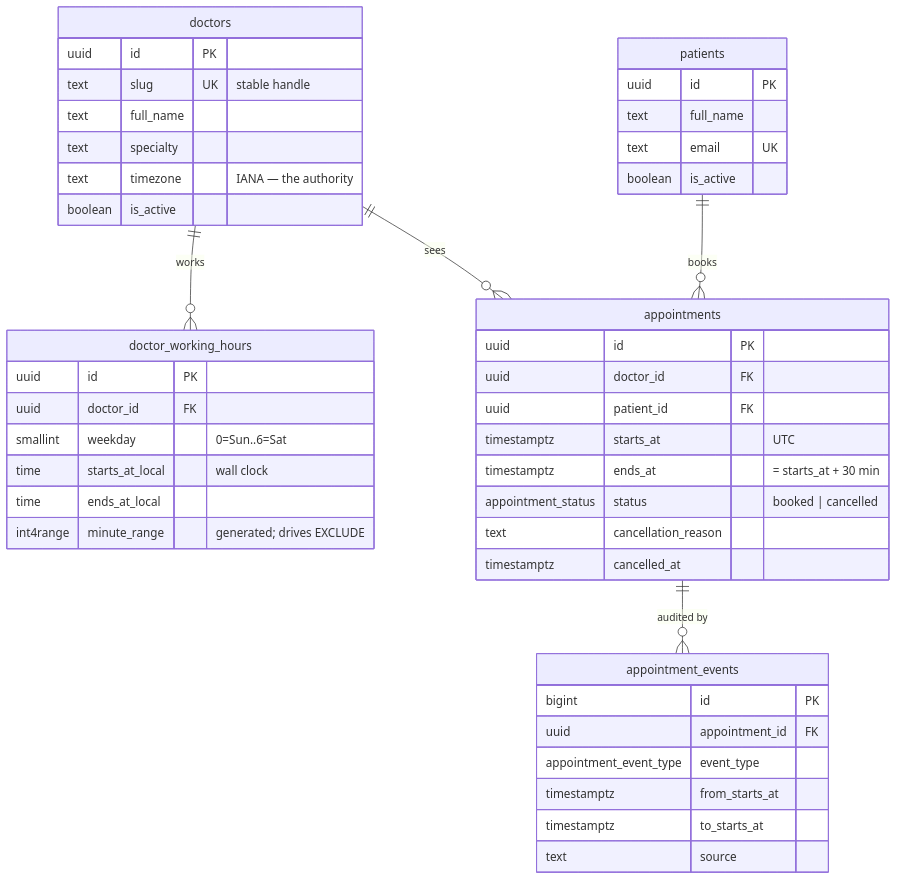
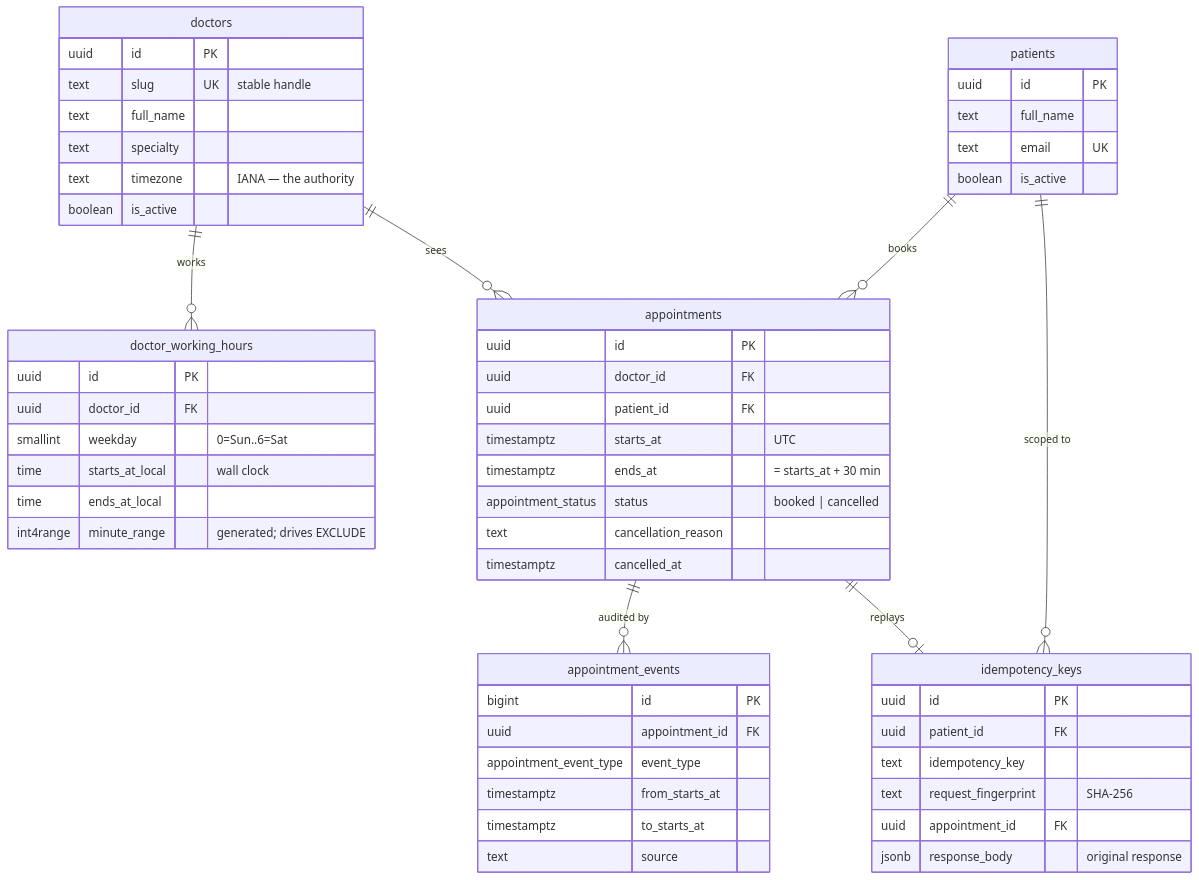
One commit to JerryLegend254/ratiba changed the fifth of 6 diagrams in README.md. Above: the diagram before and after it, drawn with Mermaid. The commit also changed other lines of this file and 5 other files, not shown here.

````diff
--- a/README.md
+++ b/README.md
@@ -225,52 +339,63 @@
 ```mermaid
 erDiagram
     doctors ||--o{ doctor_working_hours : "works"
     doctors ||--o{ appointments : "sees"
     patients ||--o{ appointments : "books"
     appointments ||--o{ appointment_events : "audited by"
+    patients ||--o{ idempotency_keys : "scoped to"
+    appointments ||--o| idempotency_keys : "replays"
 
     doctors {
         uuid id PK
         text slug UK "stable handle"
         text full_name
         text specialty
         text timezone "IANA — the authority"
         boolean is_active
     }
 
     doctor_working_hours {
         uuid id PK
         uuid doctor_id FK
         smallint weekday "0=Sun..6=Sat"
         time starts_at_local "wall clock"
         time ends_at_local
         int4range minute_range "generated; drives EXCLUDE"
     }
 
     patients {
         uuid id PK
         text full_name
         text email UK
         boolean is_active
     }
 
     appointments {
         uuid id PK
         uuid doctor_id FK
         uuid patient_id FK
         timestamptz starts_at "UTC"
         timestamptz ends_at "= starts_at + 30 min"
         appointment_status status "booked | cancelled"
         text cancellation_reason
         timestamptz cancelled_at
     }
 
     appointment_events {
         bigint id PK
         uuid appointment_id FK
         appointment_event_type event_type
         timestamptz from_starts_at
         timestamptz to_starts_at
         text source
     }
+
+    idempotency_keys {
+        uuid id PK
+        uuid patient_id FK
+        text idempotency_key
+        text request_fingerprint "SHA-256"
+        uuid appointment_id FK
+        jsonb response_body "original response"
+    }
 ```
````
